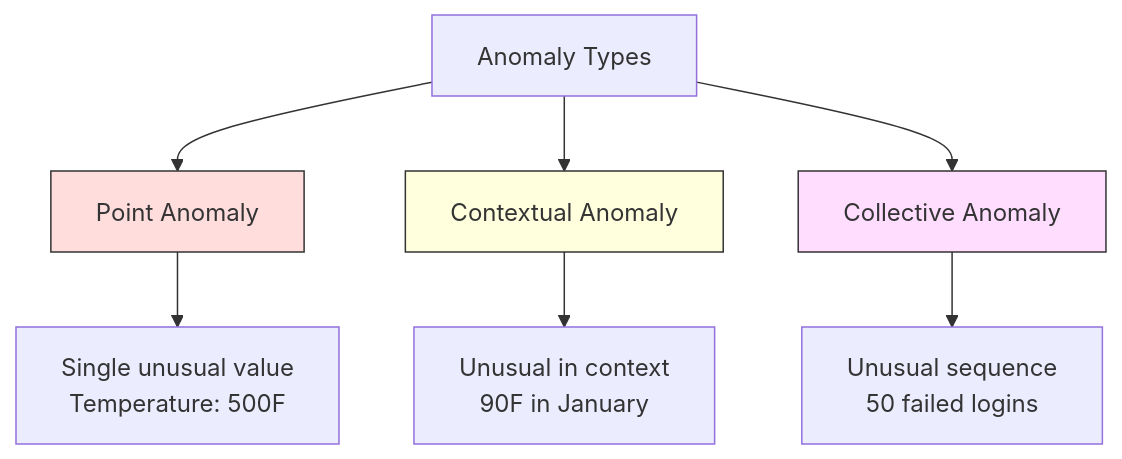
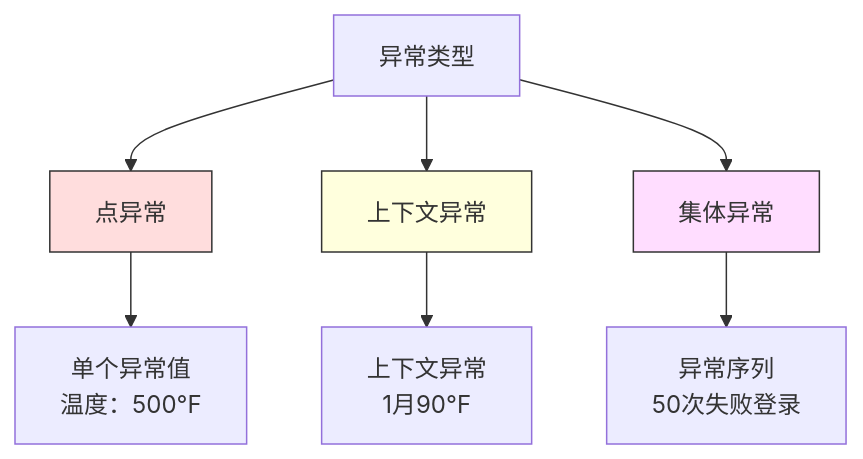
One commit to guangningsun/ailearning changed the first of 3 diagrams in lessons/02-ml-fundamentals/16-anomaly-detection/docs/zh.md. Above: the diagram before and after it, drawn with Mermaid. The commit also changed other lines of this file and 53 other files, not shown here.

````diff
--- a/lessons/02-ml-fundamentals/16-anomaly-detection/docs/zh.md
+++ b/lessons/02-ml-fundamentals/16-anomaly-detection/docs/zh.md
@@ -39,14 +39,14 @@
 ```mermaid
 flowchart TD
-    A[Anomaly Types] --> B[Point Anomaly]
-    A --> C[Contextual Anomaly]
-    A --> D[Collective Anomaly]
+    A[异常类型] --> B[点异常]
+    A --> C[上下文异常]
+    A --> D[集体异常]
 
-    B --> B1["Single unusual value<br/>Temperature: 500F"]
-    C --> C1["Unusual in context<br/>90F in January"]
-    D --> D1["Unusual sequence<br/>50 failed logins"]
+    B --> B1["单个异常值<br/>温度：500°F"]
+    C --> C1["上下文异常<br/>1月90°F"]
+    D --> D1["异常序列<br/>50次失败登录"]
 
     style B fill:#fdd,stroke:#333
     style C fill:#ffd,stroke:#333
     style D fill:#fdf,stroke:#333
 ```
````
